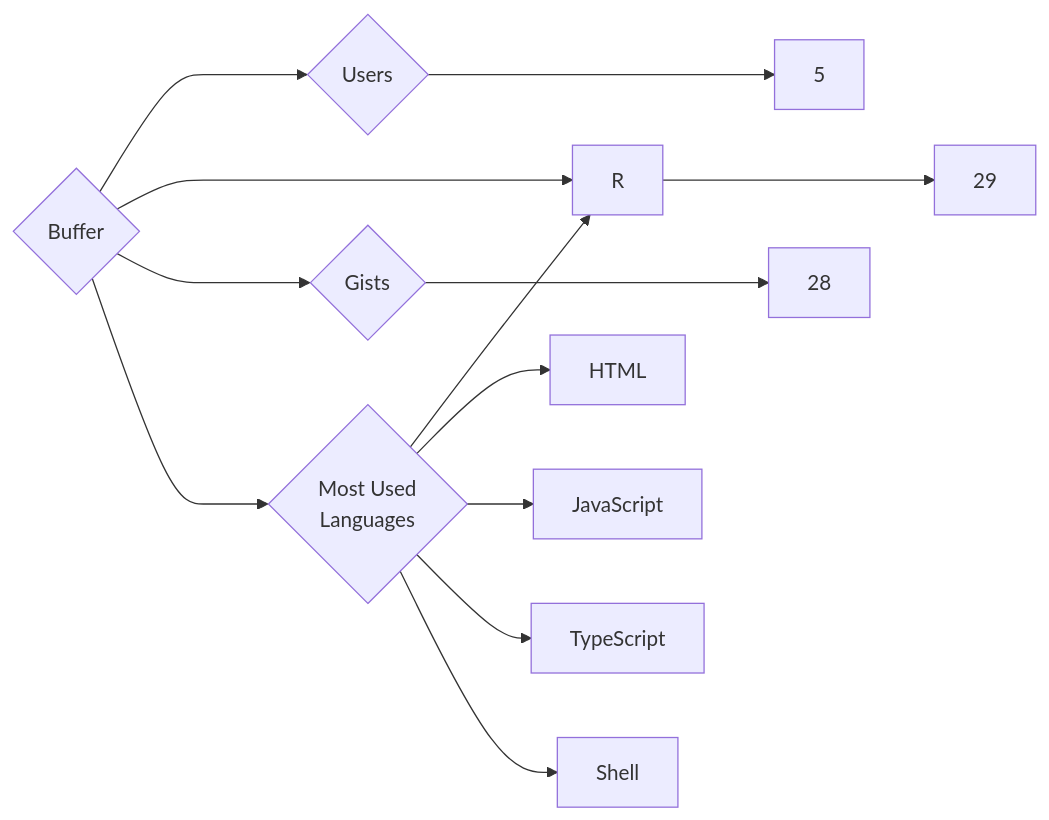
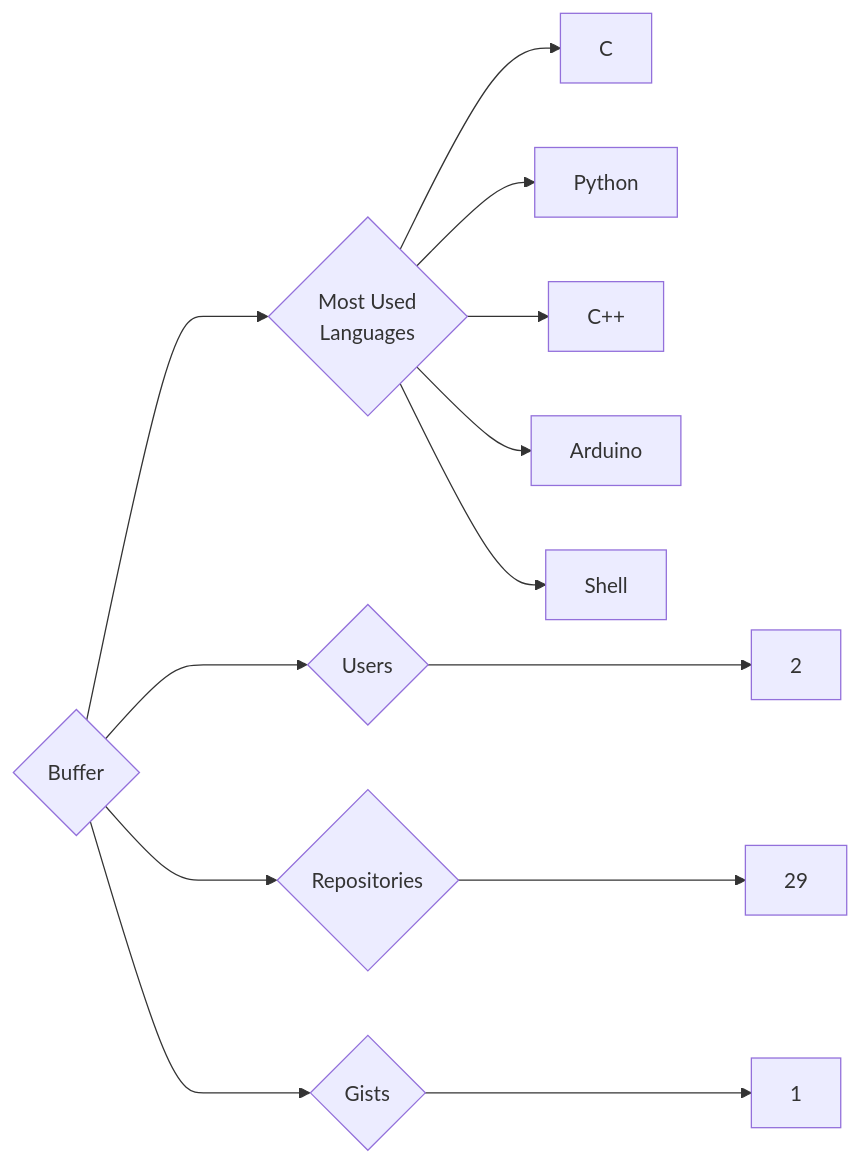
The diagram in targets/Buffer/README.md (trickest/insiders), drawn with Mermaid before and after one commit. The commit also changed 891 other files, not shown here.

````diff
--- a/targets/Buffer/README.md
+++ b/targets/Buffer/README.md
@@ -3,13 +3,13 @@
 ```mermaid
 graph LR
 COMPANY_NAME{Buffer}
-COMPANY_NAME ---> U{Users} ---> UN[5]
+COMPANY_NAME ---> U{Users} ---> UN[2]
 COMPANY_NAME ---> R{Repositories} ---> RN[29]
-COMPANY_NAME ---> G{Gists} ---> GN[28]
+COMPANY_NAME ---> G{Gists} ---> GN[1]
 COMPANY_NAME ---> ML{Most Used<br>Languages}
-ML --> R[R]
-ML --> HTML[HTML]
-ML --> JavaScript[JavaScript]
-ML --> TypeScript[TypeScript]
+ML --> C[C]
+ML --> Python[Python]
+ML --> C++[C++]
+ML --> Arduino[Arduino]
 ML --> Shell[Shell]
 ```
````
